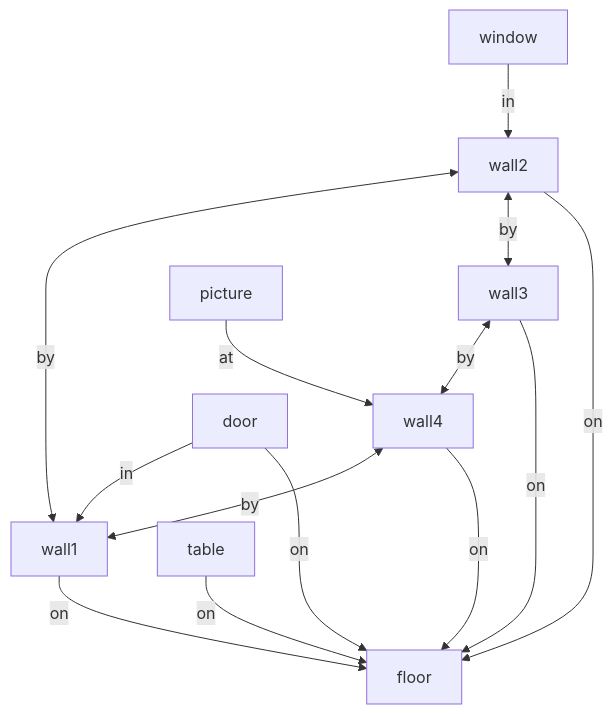
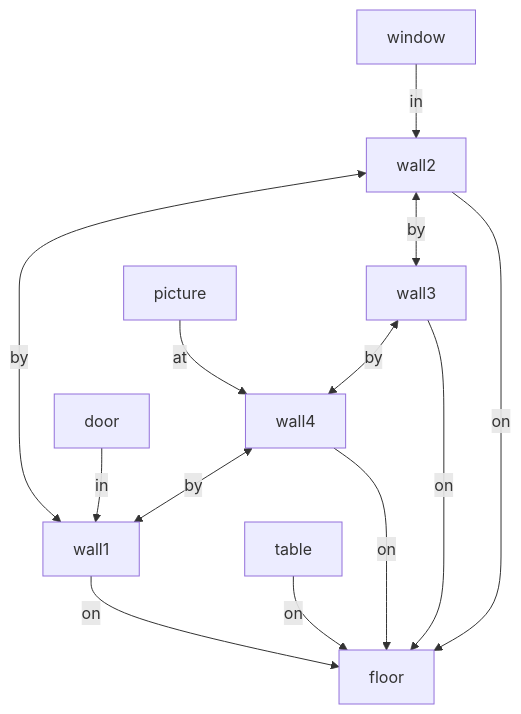
One commit to metason/SpatialReasoner changed the second of 2 diagrams in README.md. Above: the diagram before and after it, drawn with Mermaid. The commit also changed other lines of this file, not shown here.

````diff
--- a/README.md
+++ b/README.md
@@ -153,16 +153,15 @@
 ```mermaid
 graph TD;
     wall2 <-- by --> wall1
     wall2 <-- by --> wall3
     wall3 <-- by --> wall4
     wall4 <-- by --> wall1
     door -- in --> wall1
     window -- in --> wall2
     picture -- at --> wall4
     wall1 -- on --> floor
     wall2 -- on --> floor
     wall3 -- on --> floor
     wall4 -- on --> floor
-    door -- on --> floor
     table -- on --> floor
 ```
````
